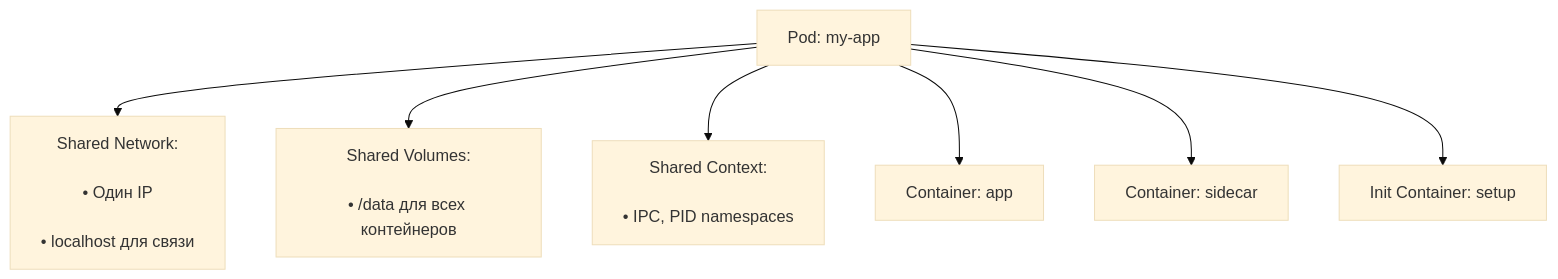
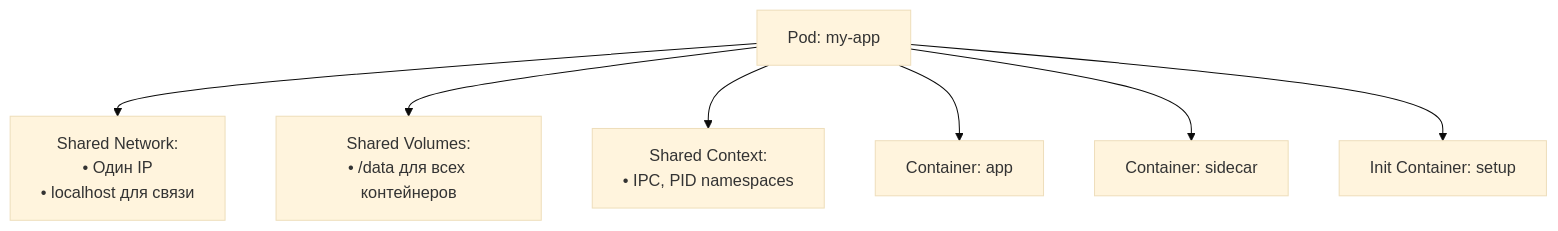
The diagram in 2.contnr.orchstrtn/3.k8s/doc/1.Concepts/03.workloads/01.pods/01.pod.md (vslska/md_doc), drawn with Mermaid (base theme) before and after one commit. The commit also changed other lines of this file and 15 other files, not shown here.

````diff
--- a/2.contnr.orchstrtn/3.k8s/doc/1.Concepts/03.workloads/01.pods/01.pod.md
+++ b/2.contnr.orchstrtn/3.k8s/doc/1.Concepts/03.workloads/01.pods/01.pod.md
@@ -17,37 +57,30 @@
 ```mermaid
 graph TD
 
 Pod[Pod: my-app]
 
-Net[Shared Network:
+Net[Shared Network:<br>• Один IP<br>• localhost для связи]
 
-• Один IP
+Vol[Shared Volumes:<br>• /data для всех контейнеров]
 
-• localhost для связи]
-
-Vol[Shared Volumes:
-
-• /data для всех контейнеров]
-
-Ctx[Shared Context:
-
-• IPC, PID namespaces]
+Ctx[Shared Context:<br>• IPC, PID namespaces]
 
 C1[Container: app]
 
 C2[Container: sidecar]
 
 C3[Init Container: setup]
 
 Pod --> Net
 
 Pod --> Vol
 
 Pod --> Ctx
 
 Pod --> C1
 
 Pod --> C2
 
 Pod --> C3
+
 ```
````
